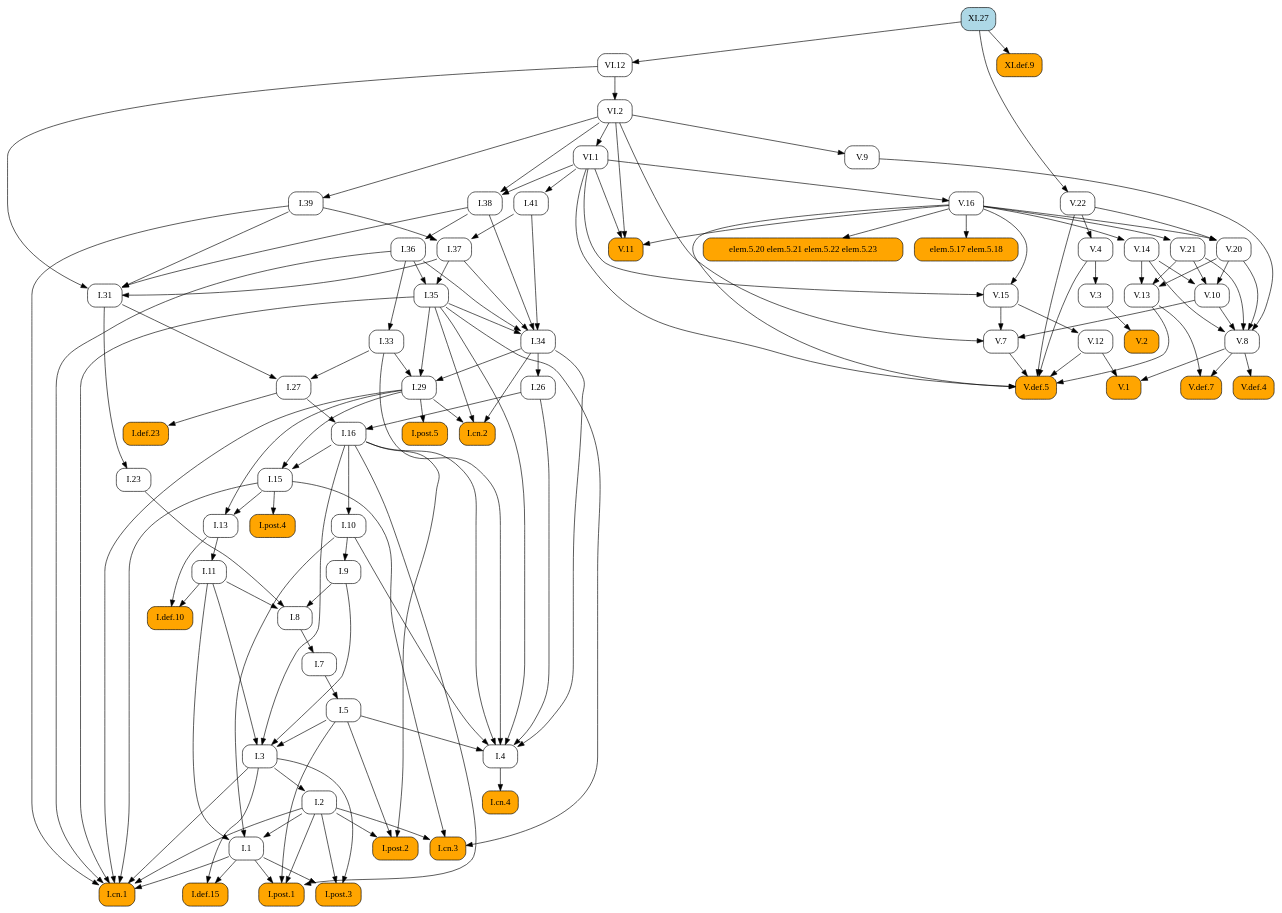
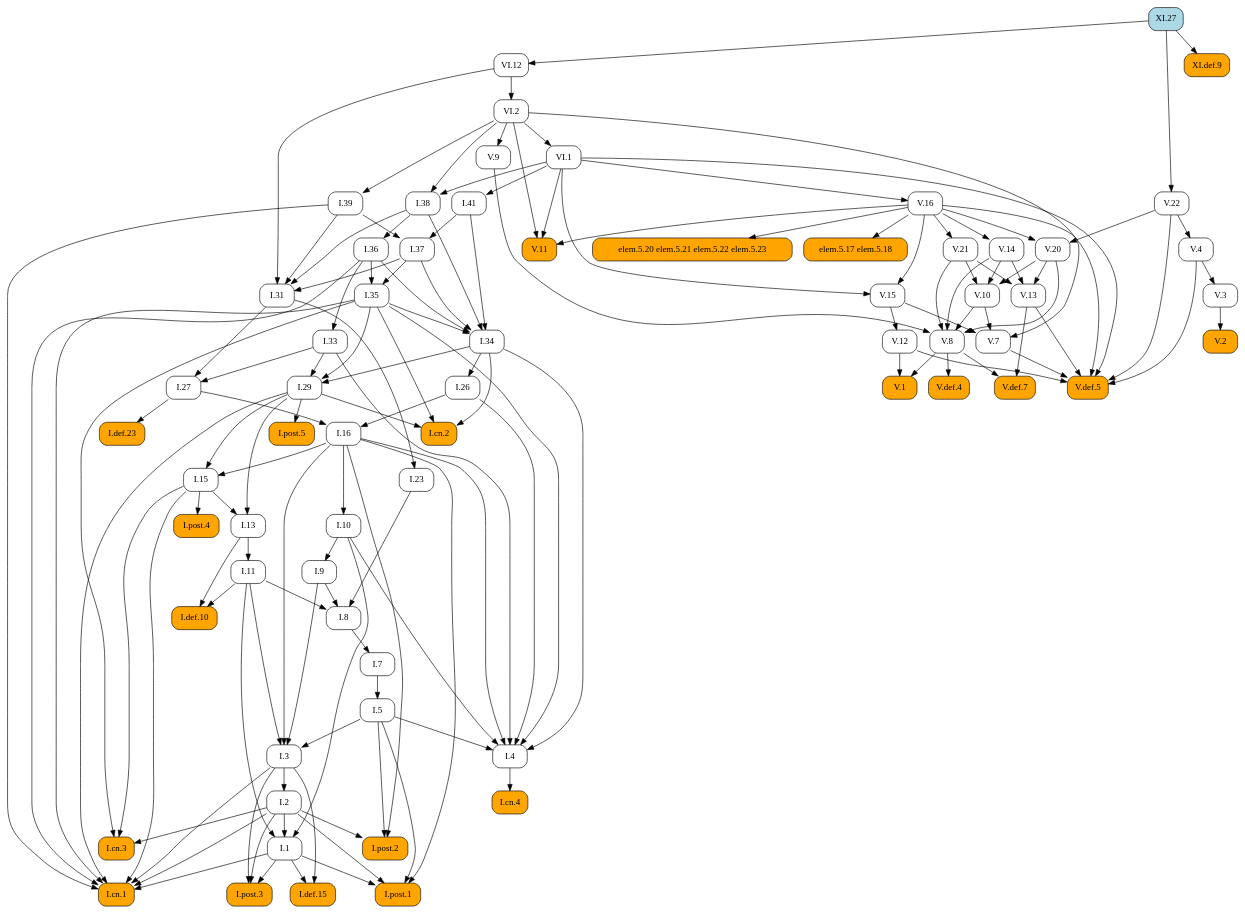
One commit to geometor/elements changed the diagram in docsrc/heath/XI/27/index.rst. Above: the diagram before and after it, drawn with Graphviz. The commit also changed other lines of this file and 1029 other files, not shown here.

```diff
--- a/docsrc/heath/XI/27/index.rst
+++ b/docsrc/heath/XI/27/index.rst
@@ -42,125 +42,78 @@
    digraph {
      rankdir="TB";
      node [shape=box, style=rounded];
+     "I.def.10" [style="rounded,filled", fillcolor=orange, URL="/heath/I/def.10/", target="_top"];
+     "I.11" [URL="/heath/I/11/", target="_top"];
+     "I.post.4" [style="rounded,filled", fillcolor=orange, URL="/heath/I/post.4/", target="_top"];
+     "I.1" [URL="/heath/I/1/", target="_top"];
+     "V.def.5" [style="rounded,filled", fillcolor=orange, URL="/heath/V/def.5/", target="_top"];
+     "V.13" [URL="/heath/V/13/", target="_top"];
+     "V.11" [style="rounded,filled", fillcolor=orange, URL="/heath/V/11/", target="_top"];
+     "I.post.3" [style="rounded,filled", fillcolor=orange, URL="/heath/I/post.3/", target="_top"];
+     "VI.1" [URL="/heath/VI/1/", target="_top"];
+     "I.cn.3" [style="rounded,filled", fillcolor=orange, URL="/heath/I/cn.3/", target="_top"];
+     "V.16" [URL="/heath/V/16/", target="_top"];
+     "V.3" [URL="/heath/V/3/", target="_top"];
+     "V.8" [URL="/heath/V/8/", target="_top"];
+     "I.27" [URL="/heath/I/27/", target="_top"];
+     "I.36" [URL="/heath/I/36/", target="_top"];
+     "I.41" [URL="/heath/I/41/", target="_top"];
+     "I.37" [URL="/heath/I/37/", target="_top"];
+     "I.34" [URL="/heath/I/34/", target="_top"];
+     "I.2" [URL="/heath/I/2/", target="_top"];
+     "I.def.23" [style="rounded,filled", fillcolor=orange, URL="/heath/I/def.23/", target="_top"];
+     "I.33" [URL="/heath/I/33/", target="_top"];
+     "I.post.2" [style="rounded,filled", fillcolor=orange, URL="/heath/I/post.2/", target="_top"];
+     "elem.5.20 elem.5.21 elem.5.22 elem.5.23" [style="rounded,filled", fillcolor=orange];
+     "I.9" [URL="/heath/I/9/", target="_top"];
+     "V.def.4" [style="rounded,filled", fillcolor=orange, URL="/heath/V/def.4/", target="_top"];
+     "I.cn.4" [style="rounded,filled", fillcolor=orange, URL="/heath/I/cn.4/", target="_top"];
+     "I.15" [URL="/heath/I/15/", target="_top"];
+     "I.38" [URL="/heath/I/38/", target="_top"];
+     "V.def.7" [style="rounded,filled", fillcolor=orange, URL="/heath/V/def.7/", target="_top"];
+     "I.5" [URL="/heath/I/5/", target="_top"];
+     "V.21" [URL="/heath/V/21/", target="_top"];
+     "XI.def.9" [style="rounded,filled", fillcolor=orange, URL="/heath/XI/def.9/", target="_top"];
+     "I.39" [URL="/heath/I/39/", target="_top"];
+     "VI.12" [URL="/heath/VI/12/", target="_top"];
+     "I.26" [URL="/heath/I/26/", target="_top"];
+     "V.14" [URL="/heath/V/14/", target="_top"];
+     "I.29" [URL="/heath/I/29/", target="_top"];
+     "V.22" [URL="/heath/V/22/", target="_top"];
+     "V.12" [URL="/heath/V/12/", target="_top"];
+     "I.cn.2" [style="rounded,filled", fillcolor=orange, URL="/heath/I/cn.2/", target="_top"];
+     "V.10" [URL="/heath/V/10/", target="_top"];
+     "V.20" [URL="/heath/V/20/", target="_top"];
+     "VI.2" [URL="/heath/VI/2/", target="_top"];
+     "I.def.15" [style="rounded,filled", fillcolor=orange, URL="/heath/I/def.15/", target="_top"];
+     "V.15" [URL="/heath/V/15/", target="_top"];
+     "I.cn.1" [style="rounded,filled", fillcolor=orange, URL="/heath/I/cn.1/", target="_top"];
+     "XI.27" [style="rounded,filled", fillcolor=lightblue, URL="/heath/XI/27/", target="_top"];
+     "V.7" [URL="/heath/V/7/", target="_top"];
+     "V.9" [URL="/heath/V/9/", target="_top"];
+     "I.23" [URL="/heath/I/23/", target="_top"];
+     "I.post.1" [style="rounded,filled", fillcolor=orange, URL="/heath/I/post.1/", target="_top"];
+     "I.35" [URL="/heath/I/35/", target="_top"];
+     "I.7" [URL="/heath/I/7/", target="_top"];
+     "I.3" [URL="/heath/I/3/", target="_top"];
+     "I.4" [URL="/heath/I/4/", target="_top"];
+     "I.13" [URL="/heath/I/13/", target="_top"];
+     "V.4" [URL="/heath/V/4/", target="_top"];
+     "I.31" [URL="/heath/I/31/", target="_top"];
      "V.1" [style="rounded,filled", fillcolor=orange, URL="/heath/V/1/", target="_top"];
-     "I.7" [URL="/heath/I/7/", target="_top"];
-     "I.29" [URL="/heath/I/29/", target="_top"];
-     "I.27" [URL="/heath/I/27/", target="_top"];
-     "I.def.23" [style="rounded,filled", fillcolor=orange, URL="/heath/I/def.23/", target="_top"];
-     "V.20" [URL="/heath/V/20/", target="_top"];
-     "I.34" [URL="/heath/I/34/", target="_top"];
+     "I.16" [URL="/heath/I/16/", target="_top"];
+     "elem.5.17 elem.5.18" [style="rounded,filled", fillcolor=orange];
      "I.8" [URL="/heath/I/8/", target="_top"];
      "V.2" [style="rounded,filled", fillcolor=orange, URL="/heath/V/2/", target="_top"];
-     "I.9" [URL="/heath/I/9/", target="_top"];
-     "V.22" [URL="/heath/V/22/", target="_top"];
-     "I.post.4" [style="rounded,filled", fillcolor=orange, URL="/heath/I/post.4/", target="_top"];
-     "I.2" [URL="/heath/I/2/", target="_top"];
-     "V.4" [URL="/heath/V/4/", target="_top"];
-     "I.cn.4" [style="rounded,filled", fillcolor=orange, URL="/heath/I/cn.4/", target="_top"];
-     "VI.2" [URL="/heath/VI/2/", target="_top"];
-     "elem.5.20 elem.5.21 elem.5.22 elem.5.23" [style="rounded,filled", fillcolor=orange];
-     "I.23" [URL="/heath/I/23/", target="_top"];
-     "I.13" [URL="/heath/I/13/", target="_top"];
-     "I.5" [URL="/heath/I/5/", target="_top"];
-     "I.11" [URL="/heath/I/11/", target="_top"];
-     "I.4" [URL="/heath/I/4/", target="_top"];
-     "I.def.10" [style="rounded,filled", fillcolor=orange, URL="/heath/I/def.10/", target="_top"];
-     "VI.12" [URL="/heath/VI/12/", target="_top"];
-     "I.post.3" [style="rounded,filled", fillcolor=orange, URL="/heath/I/post.3/", target="_top"];
-     "XI.27" [style="rounded,filled", fillcolor=lightblue, URL="/heath/XI/27/", target="_top"];
-     "V.9" [URL="/heath/V/9/", target="_top"];
-     "elem.5.17 elem.5.18" [style="rounded,filled", fillcolor=orange];
-     "V.3" [URL="/heath/V/3/", target="_top"];
-     "I.36" [URL="/heath/I/36/", target="_top"];
-     "V.12" [URL="/heath/V/12/", target="_top"];
-     "I.15" [URL="/heath/I/15/", target="_top"];
-     "I.41" [URL="/heath/I/41/", target="_top"];
-     "V.def.5" [style="rounded,filled", fillcolor=orange, URL="/heath/V/def.5/", target="_top"];
-     "I.cn.3" [style="rounded,filled", fillcolor=orange, URL="/heath/I/cn.3/", target="_top"];
-     "I.38" [URL="/heath/I/38/", target="_top"];
-     "V.16" [URL="/heath/V/16/", target="_top"];
-     "V.15" [URL="/heath/V/15/", target="_top"];
-     "V.def.4" [style="rounded,filled", fillcolor=orange, URL="/heath/V/def.4/", target="_top"];
-     "V.21" [URL="/heath/V/21/", target="_top"];
-     "V.8" [URL="/heath/V/8/", target="_top"];
-     "V.7" [URL="/heath/V/7/", target="_top"];
-     "I.1" [URL="/heath/I/1/", target="_top"];
-     "I.def.15" [style="rounded,filled", fillcolor=orange, URL="/heath/I/def.15/", target="_top"];
-     "V.13" [URL="/heath/V/13/", target="_top"];
-     "I.post.1" [style="rounded,filled", fillcolor=orange, URL="/heath/I/post.1/", target="_top"];
-     "I.26" [URL="/heath/I/26/", target="_top"];
-     "I.33" [URL="/heath/I/33/", target="_top"];
-     "V.def.7" [style="rounded,filled", fillcolor=orange, URL="/heath/V/def.7/", target="_top"];
-     "I.39" [URL="/heath/I/39/", target="_top"];
-     "I.cn.2" [style="rounded,filled", fillcolor=orange, URL="/heath/I/cn.2/", target="_top"];
-     "V.10" [URL="/heath/V/10/", target="_top"];
+     "I.post.5" [style="rounded,filled", fillcolor=orange, URL="/heath/I/post.5/", target="_top"];
      "I.10" [URL="/heath/I/10/", target="_top"];
-     "I.3" [URL="/heath/I/3/", target="_top"];
-     "I.16" [URL="/heath/I/16/", target="_top"];
-     "I.31" [URL="/heath/I/31/", target="_top"];
-     "XI.def.9" [style="rounded,filled", fillcolor=orange, URL="/heath/XI/def.9/", target="_top"];
-     "V.11" [style="rounded,filled", fillcolor=orange, URL="/heath/V/11/", target="_top"];
-     "I.post.2" [style="rounded,filled", fillcolor=orange, URL="/heath/I/post.2/", target="_top"];
-     "VI.1" [URL="/heath/VI/1/", target="_top"];
-     "I.post.5" [style="rounded,filled", fillcolor=orange, URL="/heath/I/post.5/", target="_top"];
-     "I.35" [URL="/heath/I/35/", target="_top"];
-     "I.cn.1" [style="rounded,filled", fillcolor=orange, URL="/heath/I/cn.1/", target="_top"];
-     "I.37" [URL="/heath/I/37/", target="_top"];
-     "V.14" [URL="/heath/V/14/", target="_top"];
-     "V.8" -> "V.1";
-     "V.12" -> "V.1";
-     "I.8" -> "I.7";
-     "I.33" -> "I.29";
-     "I.34" -> "I.29";
-     "I.35" -> "I.29";
-     "I.31" -> "I.27";
-     "I.33" -> "I.27";
-     "I.27" -> "I.def.23";
-     "V.16" -> "V.20";
-     "V.22" -> "V.20";
-     "I.35" -> "I.34";
-     "I.36" -> "I.34";
-     "I.37" -> "I.34";
-     "I.38" -> "I.34";
-     "I.41" -> "I.34";
-     "I.9" -> "I.8";
-     "I.11" -> "I.8";
-     "I.23" -> "I.8";
-     "V.3" -> "V.2";
-     "I.10" -> "I.9";
-     "XI.27" -> "V.22";
-     "I.15" -> "I.post.4";
-     "I.3" -> "I.2";
-     "V.22" -> "V.4";
-     "I.4" -> "I.cn.4";
-     "VI.12" -> "VI.2";
-     "V.16" -> "elem.5.20 elem.5.21 elem.5.22 elem.5.23";
-     "I.31" -> "I.23";
-     "I.15" -> "I.13";
-     "I.29" -> "I.13";
-     "I.7" -> "I.5";
-     "I.13" -> "I.11";
-     "I.5" -> "I.4";
-     "I.10" -> "I.4";
-     "I.16" -> "I.4";
-     "I.26" -> "I.4";
-     "I.33" -> "I.4";
-     "I.34" -> "I.4";
-     "I.35" -> "I.4";
      "I.11" -> "I.def.10";
      "I.13" -> "I.def.10";
-     "XI.27" -> "VI.12";
-     "I.1" -> "I.post.3";
-     "I.2" -> "I.post.3";
-     "I.3" -> "I.post.3";
-     "VI.2" -> "V.9";
-     "V.16" -> "elem.5.17 elem.5.18";
-     "V.4" -> "V.3";
-     "I.38" -> "I.36";
-     "V.15" -> "V.12";
-     "I.16" -> "I.15";
-     "I.29" -> "I.15";
-     "VI.1" -> "I.41";
+     "I.13" -> "I.11";
+     "I.15" -> "I.post.4";
+     "I.2" -> "I.1";
+     "I.10" -> "I.1";
+     "I.11" -> "I.1";
      "V.4" -> "V.def.5";
      "V.7" -> "V.def.5";
      "V.12" -> "V.def.5";
@@ -168,69 +121,78 @@
      "V.16" -> "V.def.5";
      "V.22" -> "V.def.5";
      "VI.1" -> "V.def.5";
+     "V.14" -> "V.13";
+     "V.20" -> "V.13";
+     "V.21" -> "V.13";
+     "V.16" -> "V.11";
+     "VI.1" -> "V.11";
+     "VI.2" -> "V.11";
+     "I.1" -> "I.post.3";
+     "I.2" -> "I.post.3";
+     "I.3" -> "I.post.3";
+     "VI.2" -> "VI.1";
      "I.2" -> "I.cn.3";
      "I.15" -> "I.cn.3";
      "I.35" -> "I.cn.3";
-     "VI.1" -> "I.38";
-     "VI.2" -> "I.38";
      "VI.1" -> "V.16";
-     "V.16" -> "V.15";
-     "VI.1" -> "V.15";
-     "V.8" -> "V.def.4";
-     "V.16" -> "V.21";
+     "V.4" -> "V.3";
      "V.9" -> "V.8";
      "V.10" -> "V.8";
      "V.14" -> "V.8";
      "V.20" -> "V.8";
      "V.21" -> "V.8";
-     "V.10" -> "V.7";
-     "V.15" -> "V.7";
-     "VI.2" -> "V.7";
-     "I.2" -> "I.1";
-     "I.10" -> "I.1";
-     "I.11" -> "I.1";
-     "I.1" -> "I.def.15";
-     "I.3" -> "I.def.15";
-     "V.14" -> "V.13";
-     "V.20" -> "V.13";
-     "V.21" -> "V.13";
-     "I.1" -> "I.post.1";
-     "I.2" -> "I.post.1";
-     "I.5" -> "I.post.1";
-     "I.16" -> "I.post.1";
-     "I.34" -> "I.26";
+     "I.31" -> "I.27";
+     "I.33" -> "I.27";
+     "I.38" -> "I.36";
+     "VI.1" -> "I.41";
+     "I.39" -> "I.37";
+     "I.41" -> "I.37";
+     "I.35" -> "I.34";
+     "I.36" -> "I.34";
+     "I.37" -> "I.34";
+     "I.38" -> "I.34";
+     "I.41" -> "I.34";
+     "I.3" -> "I.2";
+     "I.27" -> "I.def.23";
      "I.36" -> "I.33";
+     "I.2" -> "I.post.2";
+     "I.5" -> "I.post.2";
+     "I.16" -> "I.post.2";
+     "V.16" -> "elem.5.20 elem.5.21 elem.5.22 elem.5.23";
+     "I.10" -> "I.9";
+     "V.8" -> "V.def.4";
+     "I.4" -> "I.cn.4";
+     "I.16" -> "I.15";
+     "I.29" -> "I.15";
+     "VI.1" -> "I.38";
+     "VI.2" -> "I.38";
      "V.8" -> "V.def.7";
      "V.13" -> "V.def.7";
+     "I.7" -> "I.5";
+     "V.16" -> "V.21";
+     "XI.27" -> "XI.def.9";
      "VI.2" -> "I.39";
+     "XI.27" -> "VI.12";
+     "I.34" -> "I.26";
+     "V.16" -> "V.14";
+     "I.33" -> "I.29";
+     "I.34" -> "I.29";
+     "I.35" -> "I.29";
+     "XI.27" -> "V.22";
+     "V.15" -> "V.12";
      "I.29" -> "I.cn.2";
      "I.34" -> "I.cn.2";
      "I.35" -> "I.cn.2";
      "V.14" -> "V.10";
      "V.20" -> "V.10";
      "V.21" -> "V.10";
-     "I.16" -> "I.10";
-     "I.5" -> "I.3";
-     "I.9" -> "I.3";
-     "I.11" -> "I.3";
-     "I.16" -> "I.3";
-     "I.26" -> "I.16";
-     "I.27" -> "I.16";
-     "I.37" -> "I.31";
-     "I.38" -> "I.31";
-     "I.39" -> "I.31";
-     "VI.12" -> "I.31";
-     "XI.27" -> "XI.def.9";
-     "V.16" -> "V.11";
-     "VI.1" -> "V.11";
-     "VI.2" -> "V.11";
-     "I.2" -> "I.post.2";
-     "I.5" -> "I.post.2";
-     "I.16" -> "I.post.2";
-     "VI.2" -> "VI.1";
-     "I.29" -> "I.post.5";
-     "I.36" -> "I.35";
-     "I.37" -> "I.35";
+     "V.16" -> "V.20";
+     "V.22" -> "V.20";
+     "VI.12" -> "VI.2";
+     "I.1" -> "I.def.15";
+     "I.3" -> "I.def.15";
+     "V.16" -> "V.15";
+     "VI.1" -> "V.15";
      "I.1" -> "I.cn.1";
      "I.2" -> "I.cn.1";
      "I.3" -> "I.cn.1";
@@ -239,7 +201,45 @@
      "I.35" -> "I.cn.1";
      "I.36" -> "I.cn.1";
      "I.39" -> "I.cn.1";
-     "I.39" -> "I.37";
-     "I.41" -> "I.37";
-     "V.16" -> "V.14";
+     "V.10" -> "V.7";
+     "V.15" -> "V.7";
+     "VI.2" -> "V.7";
+     "VI.2" -> "V.9";
+     "I.31" -> "I.23";
+     "I.1" -> "I.post.1";
+     "I.2" -> "I.post.1";
+     "I.5" -> "I.post.1";
+     "I.16" -> "I.post.1";
+     "I.36" -> "I.35";
+     "I.37" -> "I.35";
+     "I.8" -> "I.7";
+     "I.5" -> "I.3";
+     "I.9" -> "I.3";
+     "I.11" -> "I.3";
+     "I.16" -> "I.3";
+     "I.5" -> "I.4";
+     "I.10" -> "I.4";
+     "I.16" -> "I.4";
+     "I.26" -> "I.4";
+     "I.33" -> "I.4";
+     "I.34" -> "I.4";
+     "I.35" -> "I.4";
+     "I.15" -> "I.13";
+     "I.29" -> "I.13";
+     "V.22" -> "V.4";
+     "I.37" -> "I.31";
+     "I.38" -> "I.31";
+     "I.39" -> "I.31";
+     "VI.12" -> "I.31";
+     "V.8" -> "V.1";
+     "V.12" -> "V.1";
+     "I.26" -> "I.16";
+     "I.27" -> "I.16";
+     "V.16" -> "elem.5.17 elem.5.18";
+     "I.9" -> "I.8";
+     "I.11" -> "I.8";
+     "I.23" -> "I.8";
+     "V.3" -> "V.2";
+     "I.29" -> "I.post.5";
+     "I.16" -> "I.10";
    }
```
